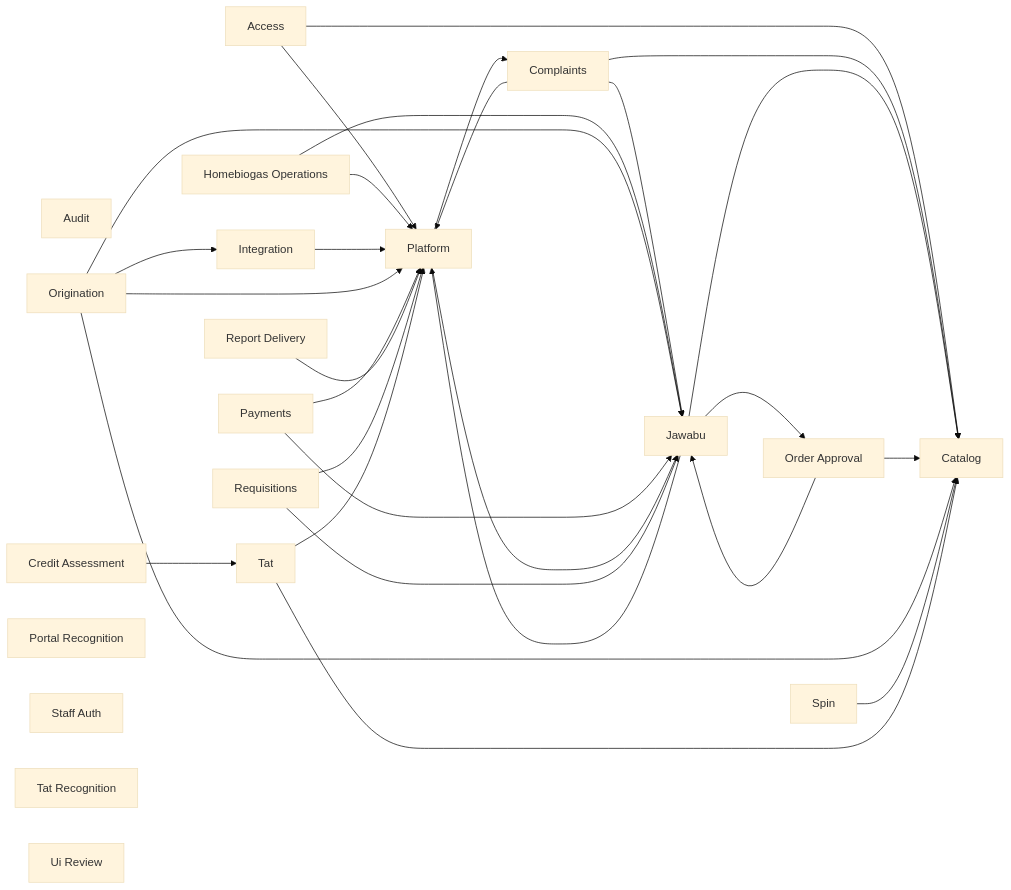
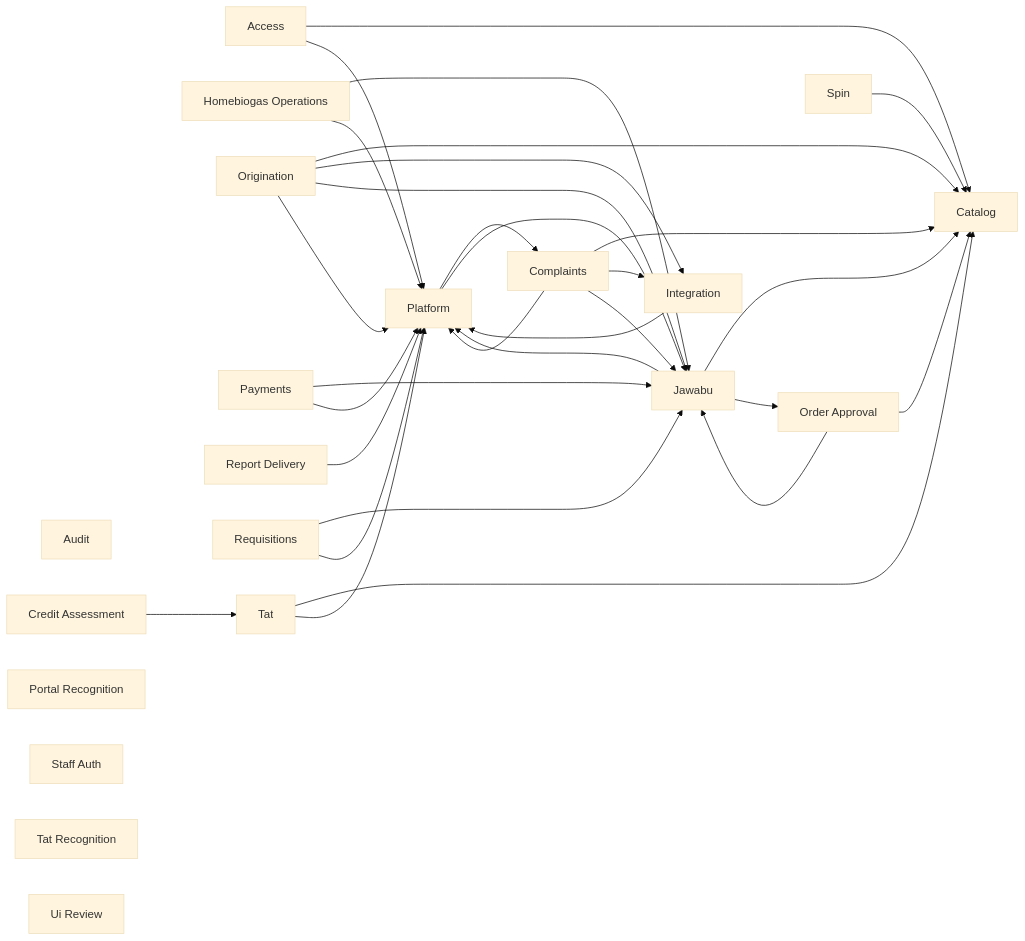
One commit to bedanavrvm/HB-Biogas-Telegram-Bot changed the diagram in docs/database/overview.mmd. Above: the diagram before and after it, drawn with Mermaid (base theme). The commit also changed 49 other files, not shown here.

```diff
--- a/docs/database/overview.mmd
+++ b/docs/database/overview.mmd
@@ -1,49 +1,50 @@
 flowchart LR
   access["Access"]
   audit["Audit"]
   catalog["Catalog"]
   complaints["Complaints"]
   credit_assessment["Credit Assessment"]
   homebiogas_operations["Homebiogas Operations"]
   integration["Integration"]
   jawabu["Jawabu"]
   order_approval["Order Approval"]
   origination["Origination"]
   payments["Payments"]
   platform["Platform"]
   portal_recognition["Portal Recognition"]
   report_delivery["Report Delivery"]
   requisitions["Requisitions"]
   spin["Spin"]
   staff_auth["Staff Auth"]
   tat["Tat"]
   tat_recognition["Tat Recognition"]
   ui_review["Ui Review"]
   access --> catalog
   access --> platform
   complaints --> catalog
+  complaints --> integration
   complaints --> jawabu
   complaints --> platform
   credit_assessment --> tat
   homebiogas_operations --> jawabu
   homebiogas_operations --> platform
   integration --> platform
   jawabu --> catalog
   jawabu --> order_approval
   jawabu --> platform
   order_approval --> catalog
   order_approval --> jawabu
   origination --> catalog
   origination --> integration
   origination --> jawabu
   origination --> platform
   payments --> jawabu
   payments --> platform
   platform --> complaints
   platform --> jawabu
   report_delivery --> platform
   requisitions --> jawabu
   requisitions --> platform
   spin --> catalog
   tat --> catalog
   tat --> platform
```
